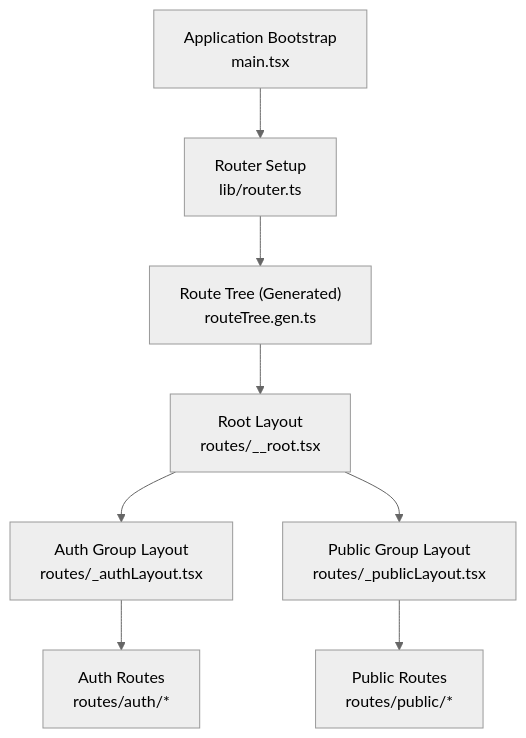
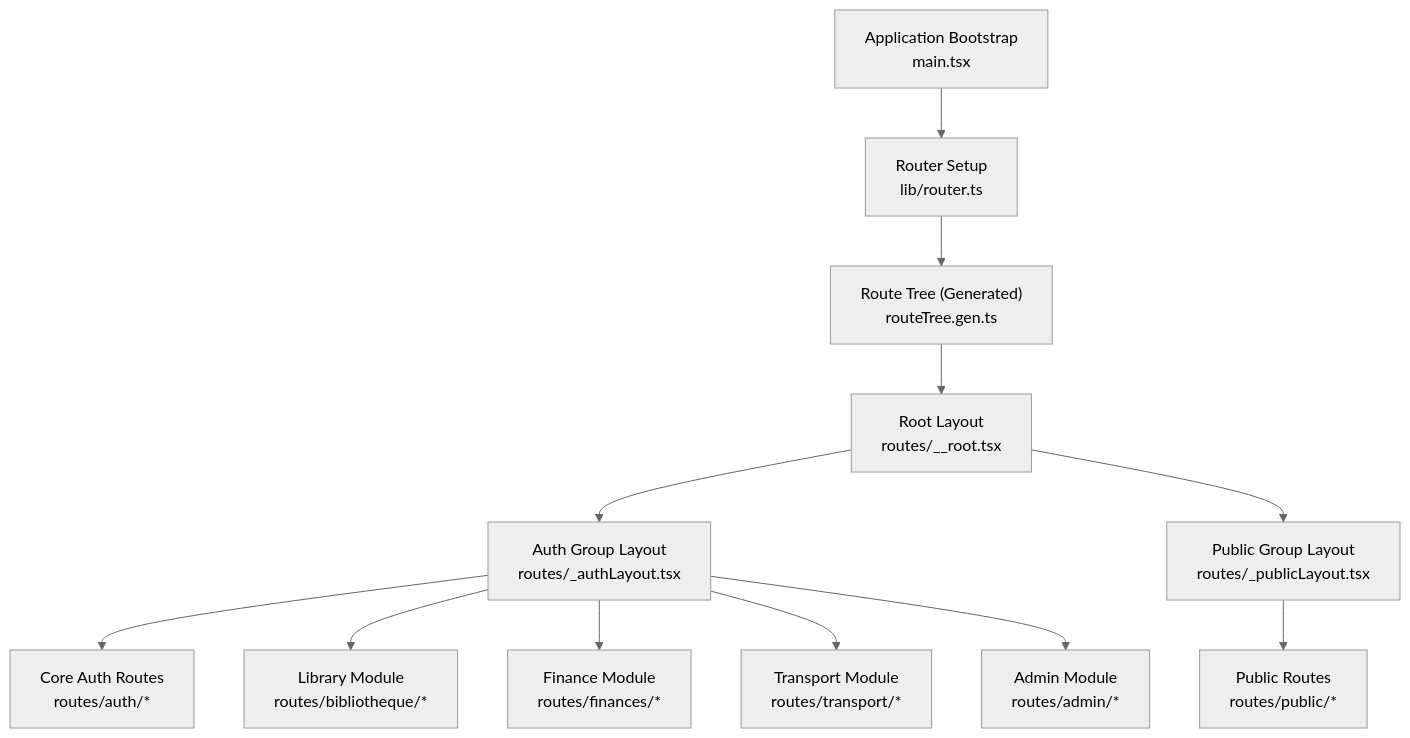
The first of 4 diagrams in .qoder/repowiki/en/content/System Architecture/Frontend Architecture/Routing & Navigation.md (franckylab/eLISAschool), drawn with Mermaid (neutral theme) before and after one commit. The commit also changed other lines of this file and 97 other files, not shown here.

````diff
--- a/.qoder/repowiki/en/content/System Architecture/Frontend Architecture/Routing & Navigation.md
+++ b/.qoder/repowiki/en/content/System Architecture/Frontend Architecture/Routing & Navigation.md
@@ -41,10 +50,14 @@
 ```mermaid
 graph TB
 A["Application Bootstrap<br/>main.tsx"] --> B["Router Setup<br/>lib/router.ts"]
 B --> C["Route Tree (Generated)<br/>routeTree.gen.ts"]
 C --> D["Root Layout<br/>routes/__root.tsx"]
 D --> E["Auth Group Layout<br/>routes/_authLayout.tsx"]
 D --> F["Public Group Layout<br/>routes/_publicLayout.tsx"]
-E --> G["Auth Routes<br/>routes/auth/*"]
+E --> G["Core Auth Routes<br/>routes/auth/*"]
 F --> H["Public Routes<br/>routes/public/*"]
+E --> I["Library Module<br/>routes/bibliotheque/*"]
+E --> J["Finance Module<br/>routes/finances/*"]
+E --> K["Transport Module<br/>routes/transport/*"]
+E --> L["Admin Module<br/>routes/admin/*"]
 ```
````
